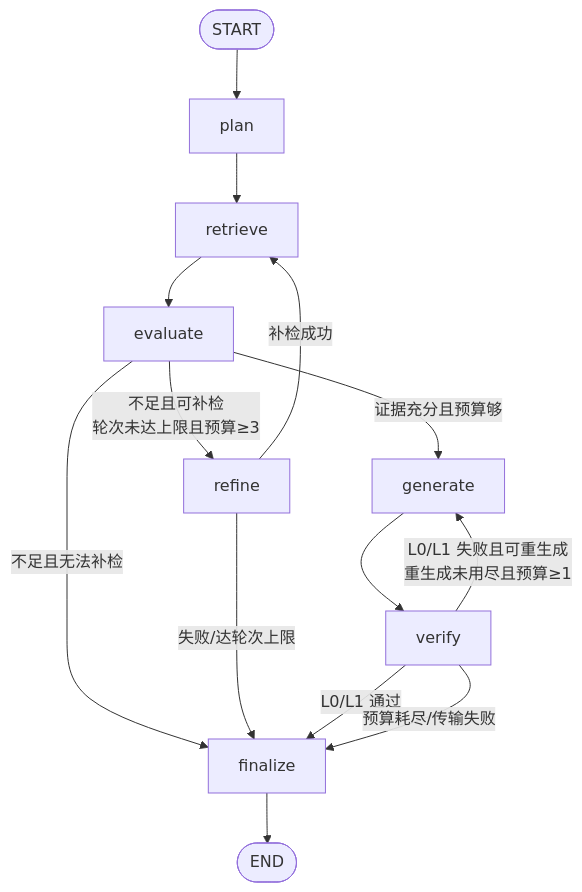
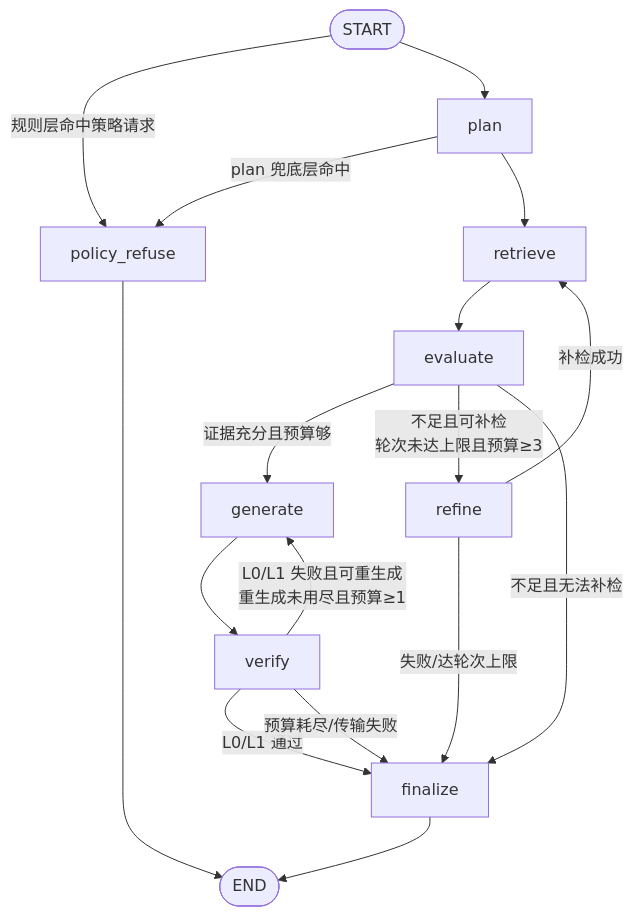
The second of 2 diagrams in README.md (yangyaoming158/devkb), drawn with Mermaid before and after one commit. The commit also changed other lines of this file and 2 other files, not shown here.

````diff
--- a/README.md
+++ b/README.md
@@ -30,16 +30,19 @@
 ```mermaid
 flowchart TD
-  START([START]) --> plan
+  START([START]) -->|规则层命中策略请求| POL[policy_refuse]
+  START --> plan
+  plan -->|plan 兜底层命中| POL
   plan --> retrieve
   retrieve --> evaluate
   evaluate -->|证据充分且预算够| generate
   evaluate -->|不足且可补检<br/>轮次未达上限且预算≥3| refine
   evaluate -->|不足且无法补检| finalize
   refine -->|补检成功| retrieve
   refine -->|失败/达轮次上限| finalize
   generate --> verify
   verify -->|L0/L1 通过| finalize
   verify -->|L0/L1 失败且可重生成<br/>重生成未用尽且预算≥1| generate
   verify -->|预算耗尽/传输失败| finalize
   finalize --> END([END])
+  POL --> END
 ```
````
